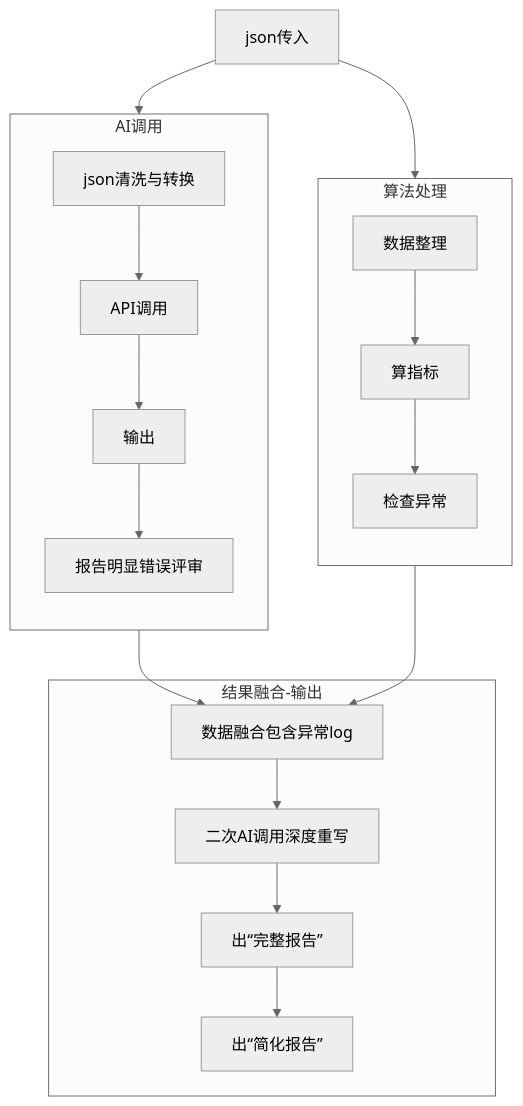
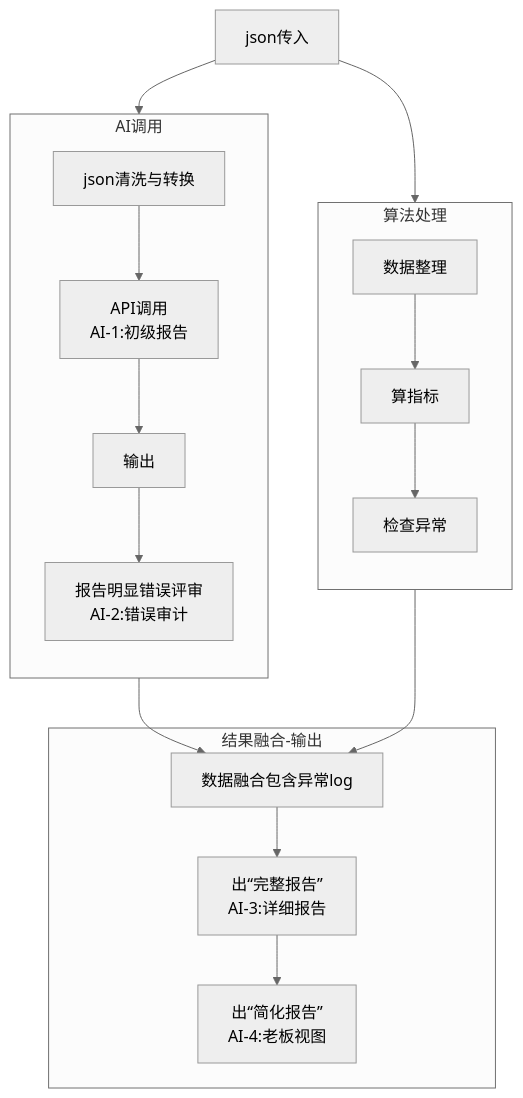
Before and after one commit to FuLuTang/AI-Store-Analysis-System: the diagram in 简化v1_26.5.7/架构设计.md, drawn with Mermaid (neutral theme). The commit also changed 12 other files, not shown here.

````diff
--- a/简化v1_26.5.7/架构设计.md
+++ b/简化v1_26.5.7/架构设计.md
@@ -3,34 +3,32 @@
 ```mermaid
 graph TD
     A[json传入] --> AI调用
     A --> 算法处理
     subgraph 算法处理
         direction TB
         alg1[数据整理]
         alg2[算指标]
         alg3[检查异常]
         alg1 --> alg2
         alg2 --> alg3
     end
     subgraph AI调用
         direction TB
         AI1[json清洗与转换]
-        AI2[API调用]
+        AI2["API调用<br/>AI-1:初级报告"]
         AI3[输出]
-        AI4[报告明显错误评审]
+        AI4["报告明显错误评审<br/>AI-2:错误审计"]
         AI1 --> AI2
         AI2 --> AI3
         AI3 --> AI4
     end
     AI调用 --> Fin1
     算法处理 --> Fin1
     subgraph 结果融合-输出
         Fin1[数据融合包含异常log]
-        Fin2[二次AI调用深度重写]
-        Fin3[出“完整报告”]
-        Fin4[出“简化报告”]
+        Fin2["出“完整报告”<br/>AI-3:详细报告"]
+        Fin3["出“简化报告”<br/>AI-4:老板视图"]
         Fin1 --> Fin2
         Fin2 --> Fin3
-        Fin3 --> Fin4
     end
 ```
````
